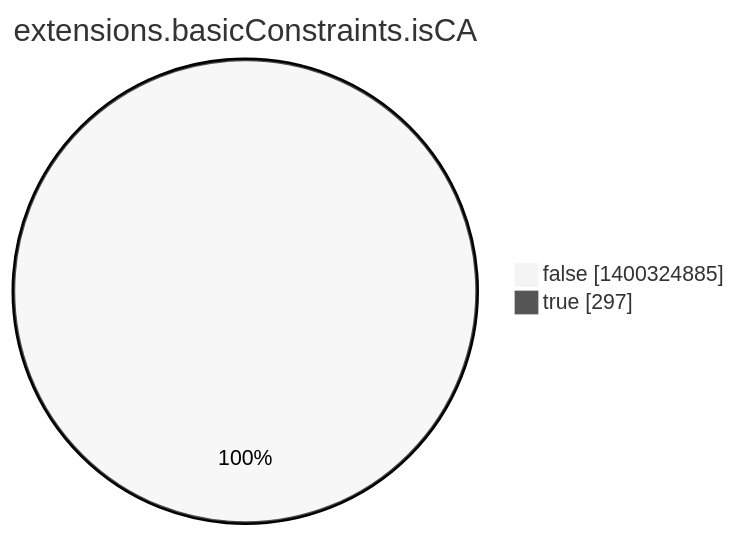
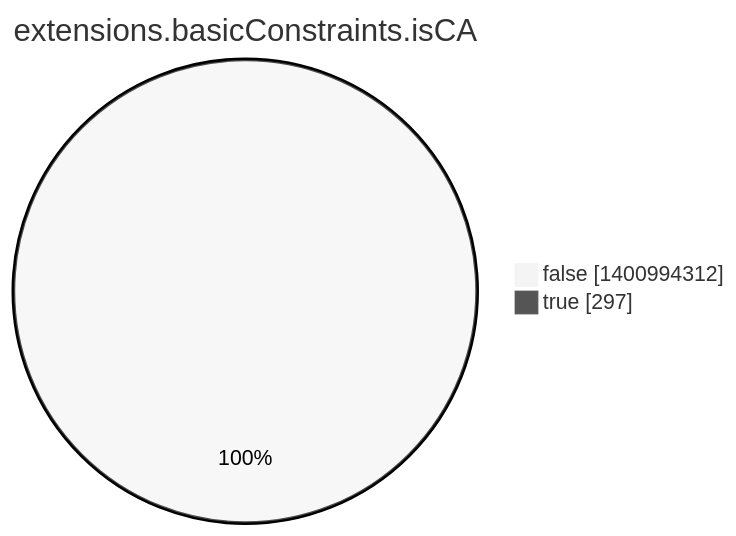
The eighth of 15 diagrams in argon2022/README.md (christiankrug/ctmonitor_visualization), drawn with Mermaid (neutral theme) before and after one commit. The commit also changed other lines of this file, not shown here.

````diff
--- a/argon2022/README.md
+++ b/argon2022/README.md
@@ -2759,6 +2759,6 @@
 ```mermaid
 pie showData
 title extensions.basicConstraints.isCA
-"false" :1400324885
+"false" :1400994312
 "true" :297
 ```
````
